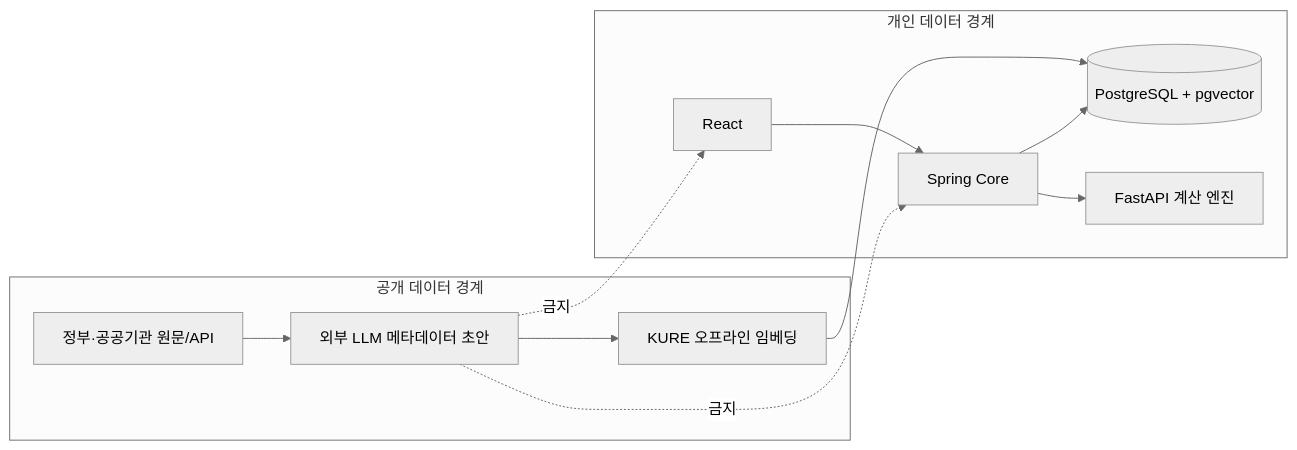
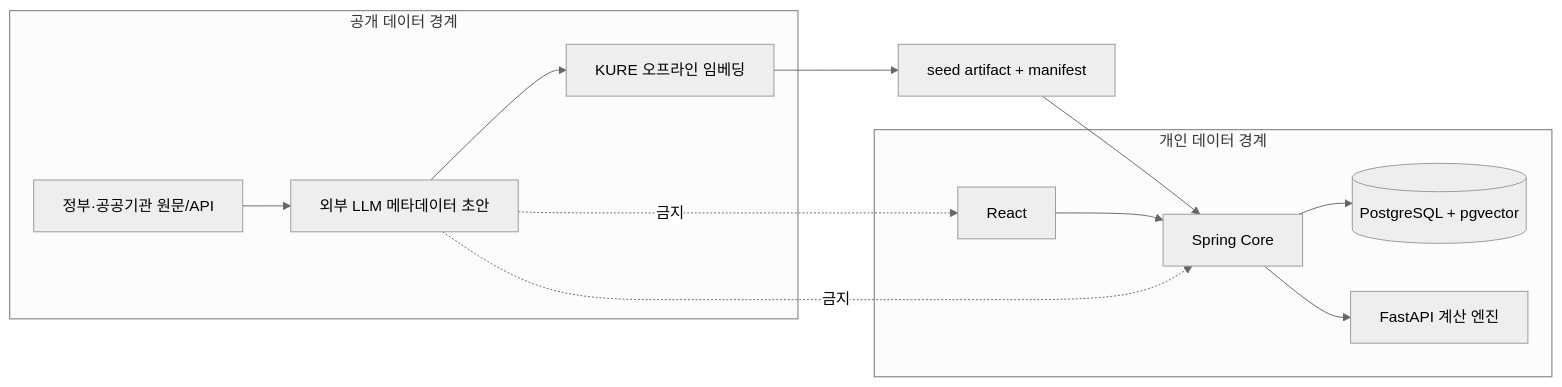
The diagram in docs/정책-RAG-아키텍처.md (seoung-mun/odyssey-finance-ai), drawn with Mermaid (neutral theme) before and after one commit. The commit also changed other lines of this file and 5 other files, not shown here.

````diff
--- a/docs/정책-RAG-아키텍처.md
+++ b/docs/정책-RAG-아키텍처.md
@@ -23,22 +23,23 @@
 ```mermaid
 flowchart LR
   subgraph PUBLIC[공개 데이터 경계]
     SRC[정부·공공기관 원문/API]
     CLM[외부 LLM 메타데이터 초안]
     BATCH[KURE 오프라인 임베딩]
   end
 
   subgraph PRIVATE[개인 데이터 경계]
     WEB[React]
     CORE[Spring Core]
     DB[(PostgreSQL + pgvector)]
     CALC[FastAPI 계산 엔진]
   end
 
-  SRC --> CLM --> BATCH --> DB
+  SRC --> CLM --> BATCH --> ARTIFACT[seed artifact + manifest]
+  ARTIFACT --> CORE
   WEB --> CORE
   CORE --> DB
   CORE --> CALC
   CLM -. 금지 .-> WEB
   CLM -. 금지 .-> CORE
 ```
````
